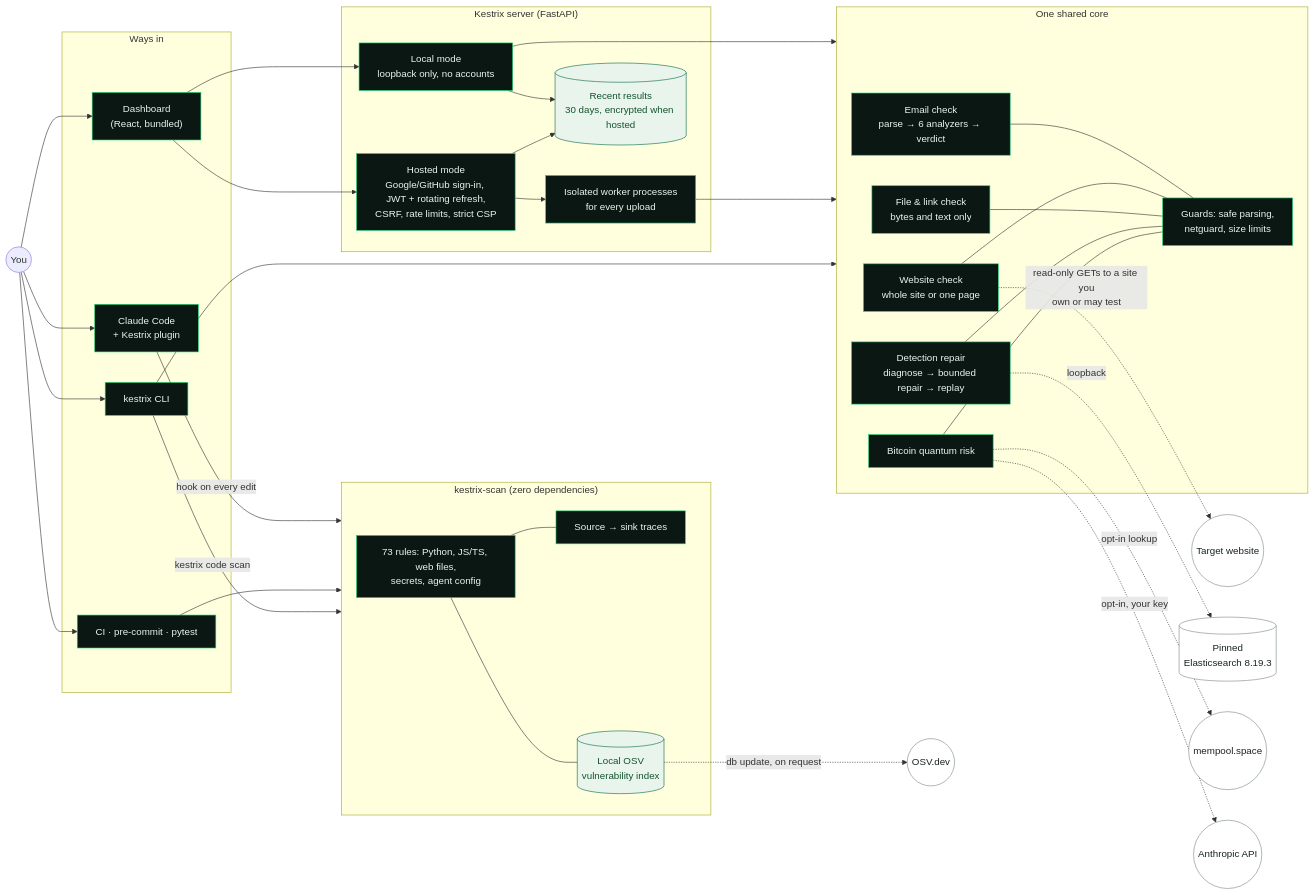
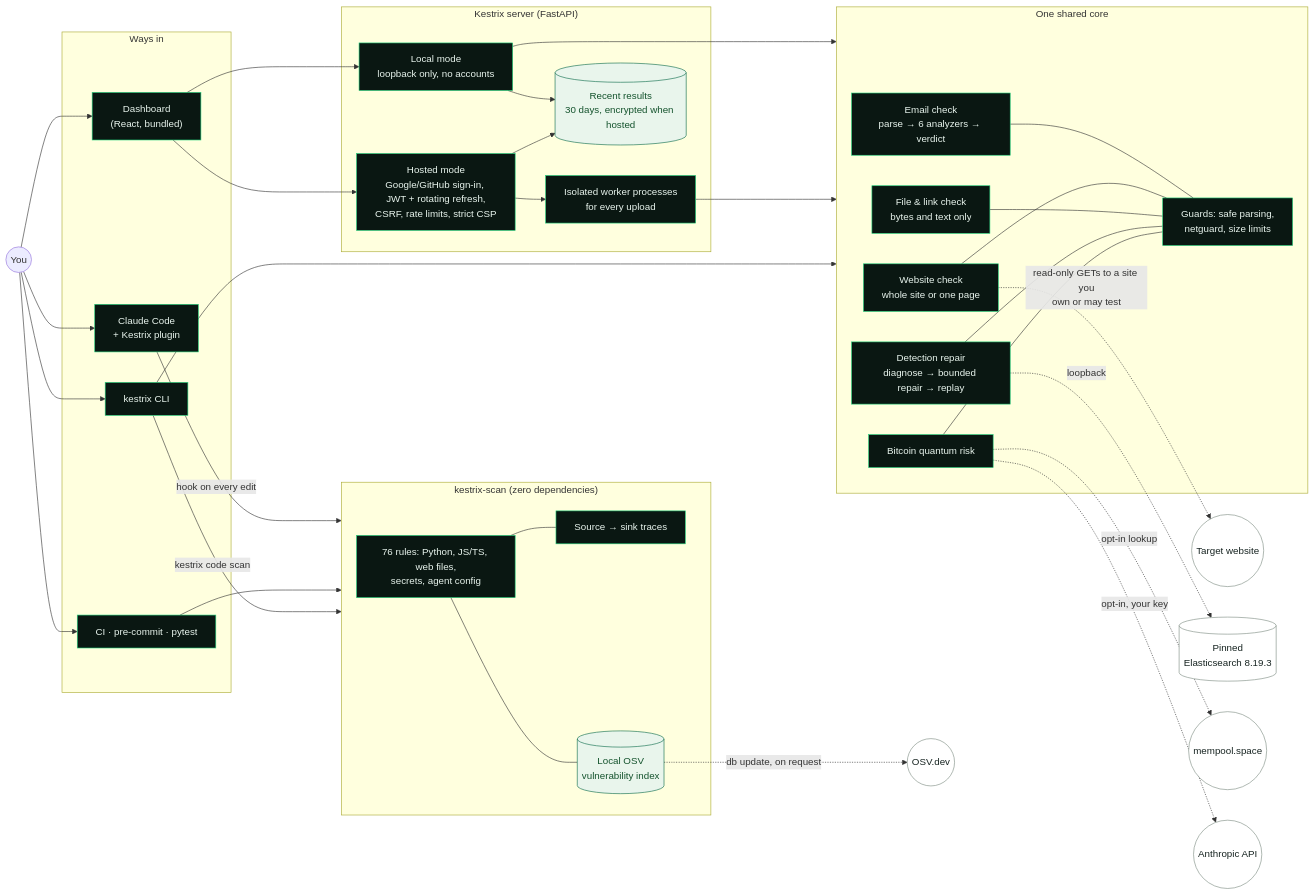
One commit to Ruthvik-Bandari/kestrix changed the diagram in README.md. Above: the diagram before and after it, drawn with Mermaid. The commit also changed 47 other files, not shown here.

````diff
--- a/README.md
+++ b/README.md
@@ -379,59 +379,59 @@
 ```mermaid
 flowchart LR
   you(("You"))
 
   subgraph entry["Ways in"]
     cli["kestrix CLI"]
     ui["Dashboard<br/>(React, bundled)"]
     cc["Claude Code<br/>+ Kestrix plugin"]
     ci["CI · pre-commit · pytest"]
   end
 
   subgraph server["Kestrix server (FastAPI)"]
     local["Local mode<br/>loopback only, no accounts"]
     hosted["Hosted mode<br/>Google/GitHub sign-in, JWT + rotating refresh,<br/>CSRF, rate limits, strict CSP"]
     iso["Isolated worker processes<br/>for every upload"]
     hist[("Recent results<br/>30 days, encrypted when hosted")]
   end
 
   subgraph core["One shared core"]
     mail["Email check<br/>parse → 6 analyzers → verdict"]
     web["Website check<br/>whole site or one page"]
     foren["File & link check<br/>bytes and text only"]
     det["Detection repair<br/>diagnose → bounded repair → replay"]
     btc["Bitcoin quantum risk"]
     guard["Guards: safe parsing,<br/>netguard, size limits"]
   end
 
   subgraph scanner["kestrix-scan (zero dependencies)"]
-    rules["73 rules: Python, JS/TS, web files,<br/>secrets, agent config"]
+    rules["76 rules: Python, JS/TS, web files,<br/>secrets, agent config"]
     taint["Source → sink traces"]
     osv[("Local OSV<br/>vulnerability index")]
   end
 
   you --> cli & ui & cc & ci
   ui --> local & hosted
   hosted --> iso
   local & iso --> core
   cli --> core
   local & hosted --> hist
   cc -->|"hook on every edit"| scanner
   ci --> scanner
   cli -->|"kestrix code scan"| scanner
   rules --- taint
   rules --- osv
   mail & web & foren & det & btc --- guard
 
   web -.->|"read-only GETs to a site you<br/>own or may test"| site((Target website))
   det -.->|"loopback"| es[("Pinned<br/>Elasticsearch 8.19.3")]
   btc -.->|"opt-in lookup"| mempool((mempool.space))
   btc -.->|"opt-in, your key"| anthropic((Anthropic API))
   osv -.->|"db update, on request"| osvnet((OSV.dev))
 
   classDef zone fill:#0a1712,stroke:#1fd17a,color:#e9f5ee
   classDef ext fill:#ffffff,stroke:#7d8d82,color:#162320
   classDef store fill:#e9f5ec,stroke:#0c6b4b,color:#14532d
   class cli,ui,cc,ci,local,hosted,iso,mail,web,foren,det,btc,guard,rules,taint zone
   class site,es,mempool,anthropic,osvnet ext
   class hist,osv store
 ```
````
